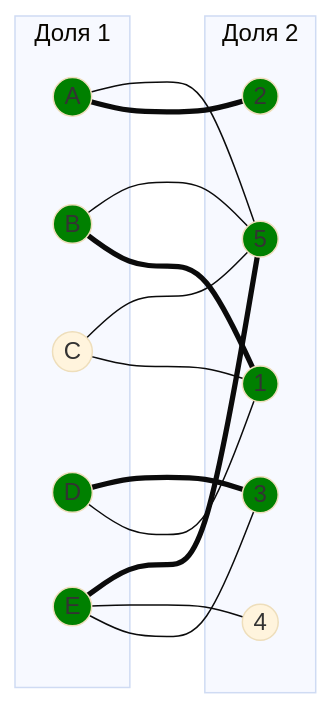
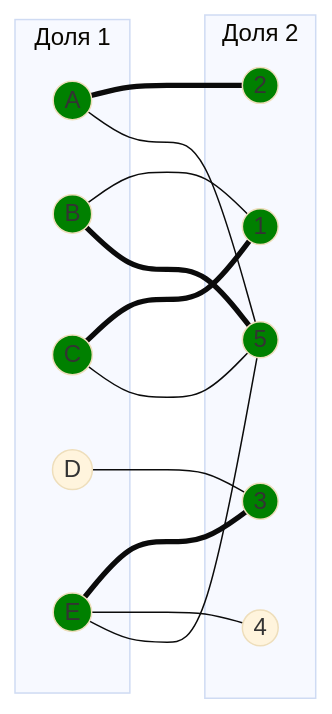
Before and after one commit to algos-ris-24-3/manual-tasks: the ninth of 12 diagrams in Задание 8/task8.md, drawn with Mermaid (base theme). The commit also changed other lines of this file, not shown here.

````diff
--- a/Задание 8/task8.md
+++ b/Задание 8/task8.md
@@ -423,38 +403,37 @@
 ```mermaid
 graph LR
     subgraph "Доля 1"
         A((A))
         B((B))
         C((C))
         D((D))
         E((E))
     end
     subgraph "Доля 2"
         1((1))
         2((2))
         3((3))
         4((4))
         5((5))
     end
 
     A === 2
     A --- 5
-    B === 1
-    B --- 5
-    C --- 1
+    B --- 1
+    C === 1
+    B === 5
     C --- 5
-    D --- 1
-    D === 3
-    E --- 3
+    D --- 3
+    E === 3
     E --- 4
-    E === 5
+    E --- 5
 
     style A fill:#008000
     style B fill:#008000
-    style D fill:#008000
+    style C fill:#008000
     style E fill:#008000
     style 2 fill:#008000
     style 1 fill:#008000
     style 3 fill:#008000
     style 5 fill:#008000
 ```
````
